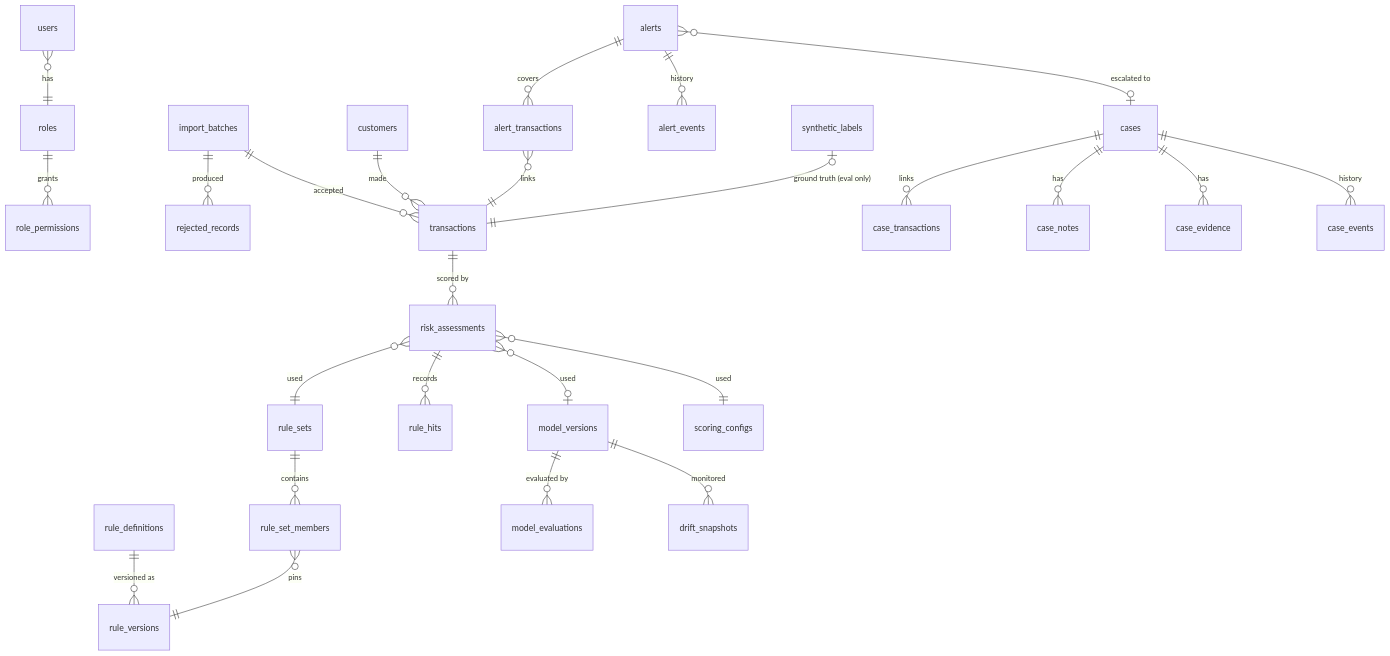
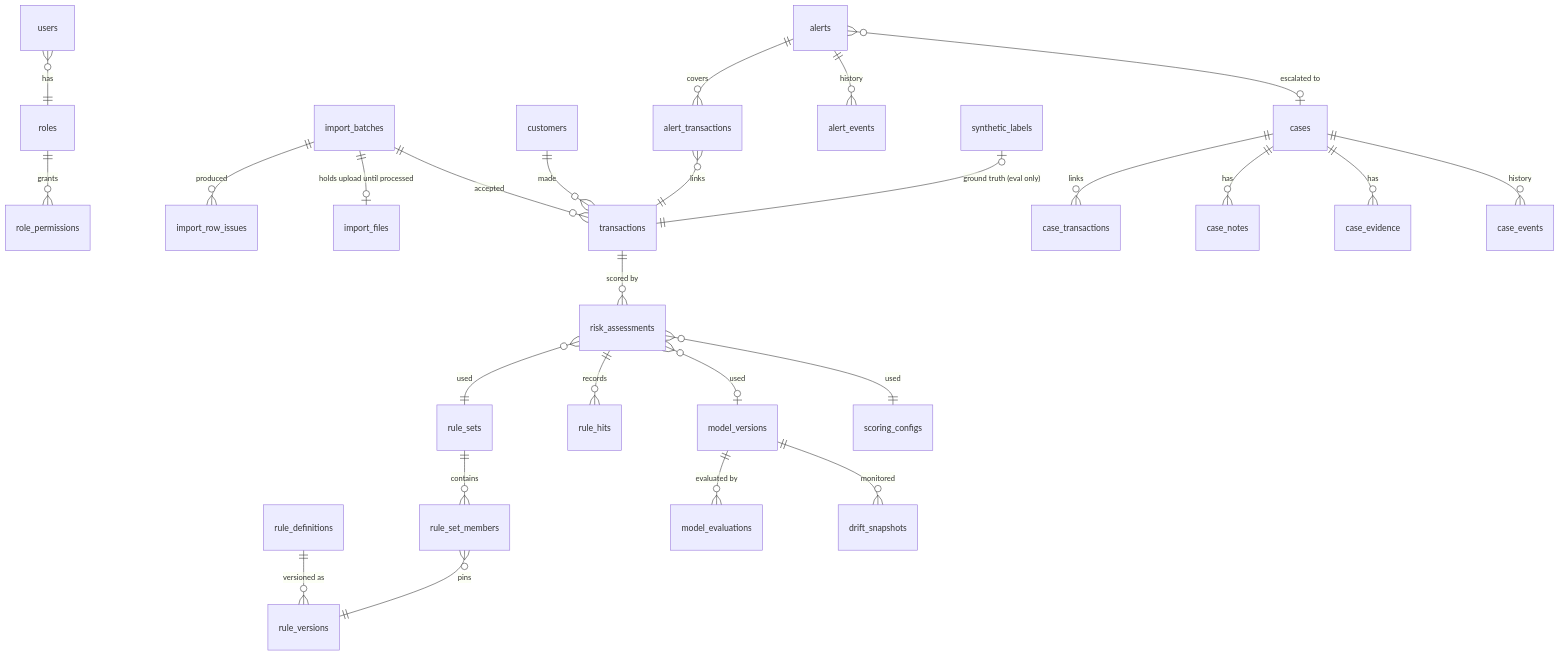
The diagram in docs/DATABASE.md (moeletsimelamu/sentinel), drawn with Mermaid before and after one commit. The commit also changed other lines of this file and 37 other files, not shown here.

````diff
--- a/docs/DATABASE.md
+++ b/docs/DATABASE.md
@@ -7,34 +7,35 @@
 ```mermaid
 erDiagram
   users }o--|| roles : has
   roles ||--o{ role_permissions : grants
 
-  import_batches ||--o{ rejected_records : produced
+  import_batches ||--o{ import_row_issues : produced
+  import_batches ||--o| import_files : "holds upload until processed"
   import_batches ||--o{ transactions : accepted
   customers ||--o{ transactions : made
 
   rule_definitions ||--o{ rule_versions : "versioned as"
   rule_sets ||--o{ rule_set_members : contains
   rule_set_members }o--|| rule_versions : pins
 
   transactions ||--o{ risk_assessments : "scored by"
   risk_assessments ||--o{ rule_hits : records
   risk_assessments }o--o| model_versions : used
   risk_assessments }o--|| scoring_configs : used
   risk_assessments }o--|| rule_sets : used
 
   alerts ||--o{ alert_transactions : covers
   alert_transactions }o--|| transactions : links
   alerts ||--o{ alert_events : history
   alerts }o--o| cases : "escalated to"
 
   cases ||--o{ case_transactions : links
   cases ||--o{ case_notes : has
   cases ||--o{ case_evidence : has
   cases ||--o{ case_events : history
 
   model_versions ||--o{ model_evaluations : "evaluated by"
   model_versions ||--o{ drift_snapshots : monitored
 
   synthetic_labels |o--|| transactions : "ground truth (eval only)"
 ```
````
